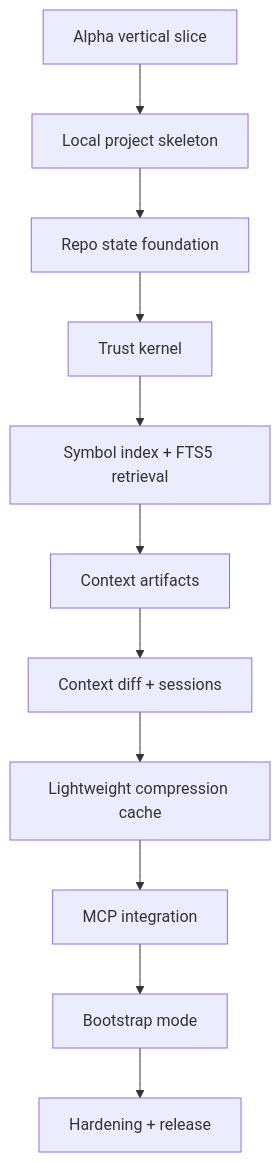
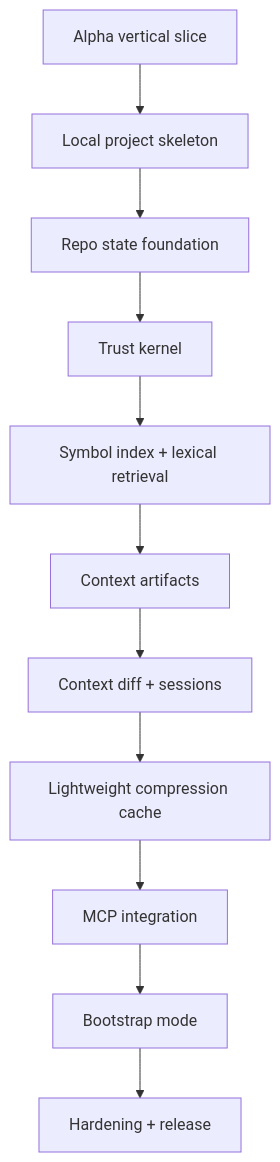
Before and after one commit to gael55x/Grape: diagram 12 of 12 in docs/v1/SPEC.md, drawn with Mermaid. The commit also changed other lines of this file and 30 other files, not shown here.

````diff
--- a/docs/v1/SPEC.md
+++ b/docs/v1/SPEC.md
@@ -3406,13 +3406,13 @@
 ```mermaid
 flowchart TD
     G0[Alpha vertical slice] --> G1[Local project skeleton]
     G1 --> G2[Repo state foundation]
     G2 --> G3[Trust kernel]
-    G3 --> G4[Symbol index + FTS5 retrieval]
+    G3 --> G4[Symbol index + lexical retrieval]
     G4 --> G5[Context artifacts]
     G5 --> G6[Context diff + sessions]
     G6 --> G7[Lightweight compression cache]
     G7 --> G8[MCP integration]
     G8 --> G9[Bootstrap mode]
     G9 --> G10[Hardening + release]
 ```
````
